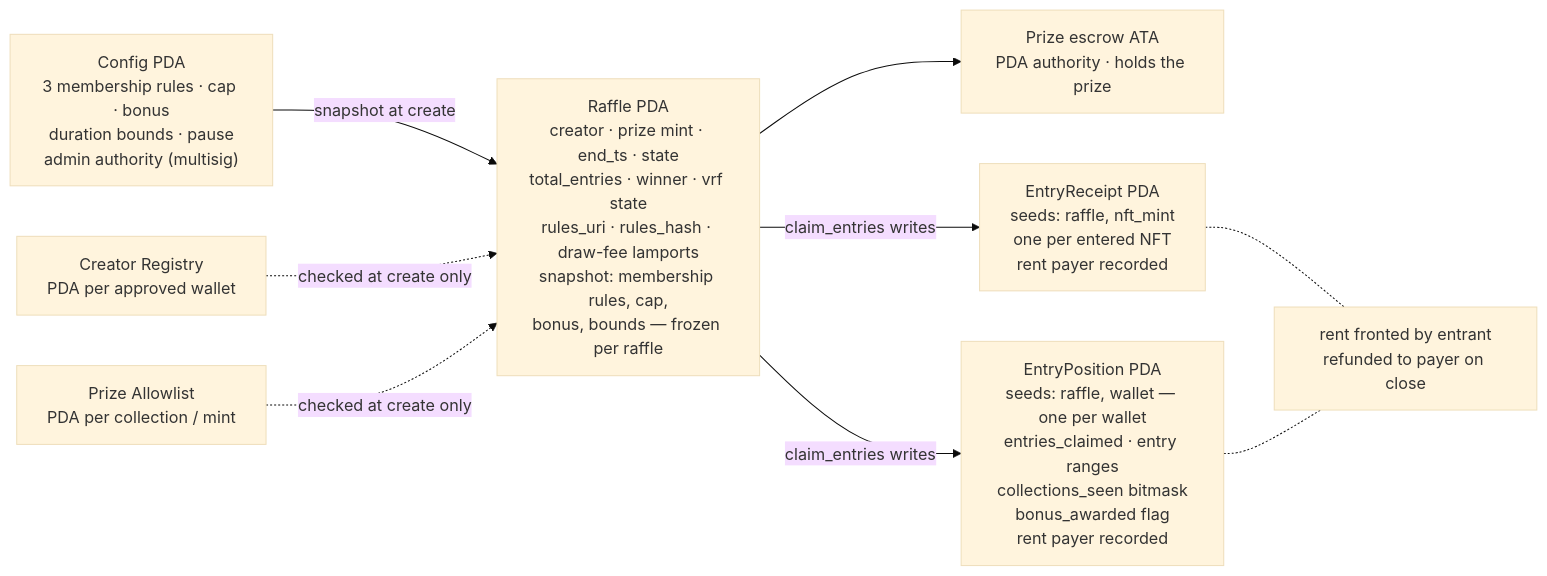
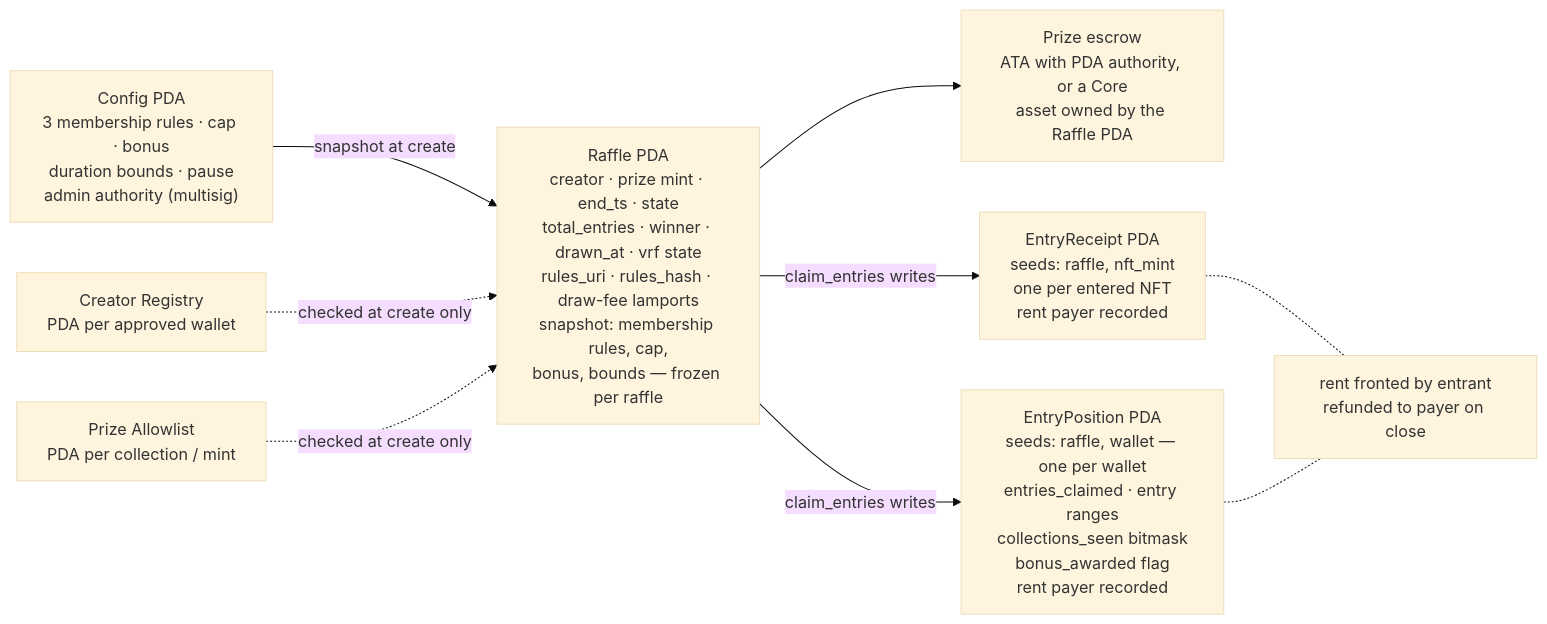
Before and after one commit to piggygang/raffles: the second of 2 diagrams in docs/piggygang-raffles-v1-spec.md, drawn with Mermaid (base theme). The commit also changed other lines of this file and 5 other files, not shown here.

First line of the commit message:
docs(prize-escrow): record permissionless reclaim and core prize decisions (#7)

````diff
--- a/docs/piggygang-raffles-v1-spec.md
+++ b/docs/piggygang-raffles-v1-spec.md
@@ -248,19 +250,19 @@
 ```mermaid
 flowchart LR
     CFG["Config PDA<br>3 membership rules · cap · bonus<br>duration bounds · pause<br>admin authority (multisig)"]
     REG["Creator Registry<br>PDA per approved wallet"]
     ALW["Prize Allowlist<br>PDA per collection / mint"]
-    RAF["Raffle PDA<br>creator · prize mint · end_ts · state<br>total_entries · winner · vrf state<br>rules_uri · rules_hash · draw-fee lamports<br>snapshot: membership rules, cap,<br>bonus, bounds — frozen per raffle"]
-    ESC["Prize escrow ATA<br>PDA authority · holds the prize"]
+    RAF["Raffle PDA<br>creator · prize mint · end_ts · state<br>total_entries · winner · drawn_at · vrf state<br>rules_uri · rules_hash · draw-fee lamports<br>snapshot: membership rules, cap,<br>bonus, bounds — frozen per raffle"]
+    ESC["Prize escrow<br>ATA with PDA authority, or a Core<br>asset owned by the Raffle PDA"]
     ER["EntryReceipt PDA<br>seeds: raffle, nft_mint<br>one per entered NFT<br>rent payer recorded"]
     EP["EntryPosition PDA<br>seeds: raffle, wallet — one per wallet<br>entries_claimed · entry ranges<br>collections_seen bitmask<br>bonus_awarded flag<br>rent payer recorded"]
     RENT["rent fronted by entrant<br>refunded to payer on close"]
     CFG -->|snapshot at create| RAF
     REG -.->|checked at create only| RAF
     ALW -.->|checked at create only| RAF
     RAF --> ESC
     RAF -->|claim_entries writes| ER
     RAF -->|claim_entries writes| EP
     ER -.- RENT
     EP -.- RENT
 ```
````
